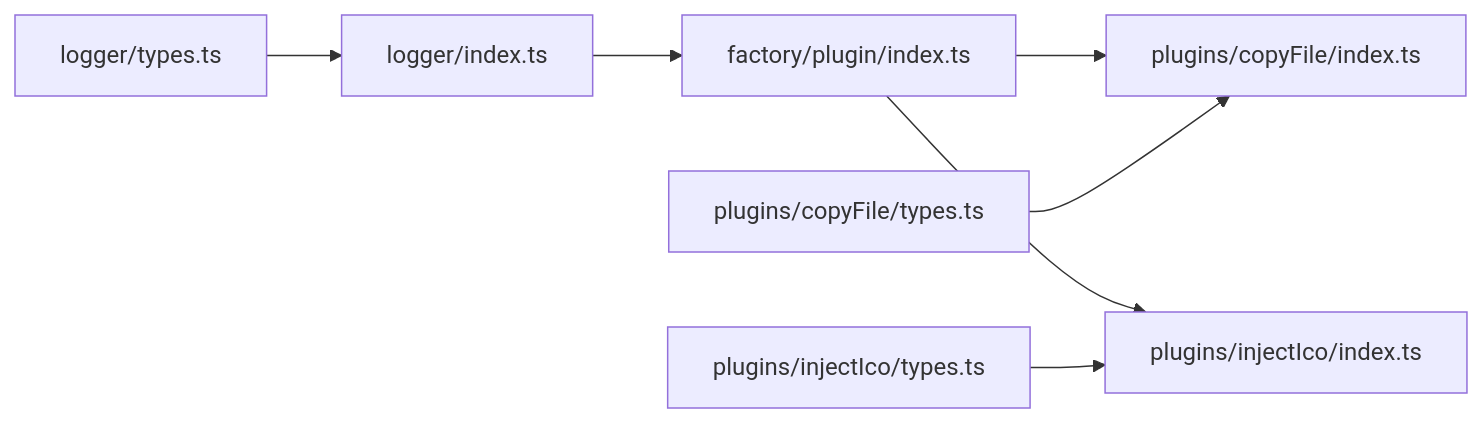
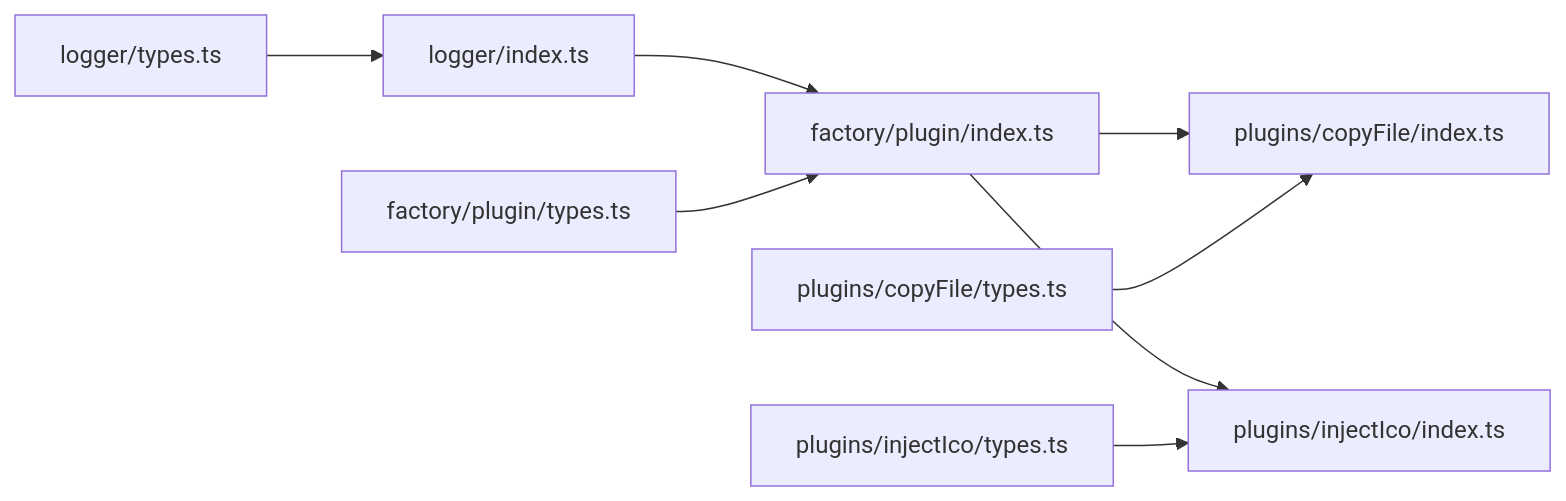
Before and after one commit to MengXi-Studio/vite-plugin: the fifth of 5 diagrams in .qoder/repowiki/zh/content/工具模块/日志系统.md, drawn with Mermaid. The commit also changed other lines of this file and 5 other files, not shown here.

````diff
--- a/.qoder/repowiki/zh/content/工具模块/日志系统.md
+++ b/.qoder/repowiki/zh/content/工具模块/日志系统.md
@@ -243,9 +275,10 @@
 ```mermaid
 graph LR
 LT["logger/types.ts"] --> L["logger/index.ts"]
 L --> F["factory/plugin/index.ts"]
 F --> P1["plugins/copyFile/index.ts"]
 F --> P2["plugins/injectIco/index.ts"]
+FT["factory/plugin/types.ts"] --> F
 PT1["plugins/copyFile/types.ts"] --> P1
 PT2["plugins/injectIco/types.ts"] --> P2
 ```
````
